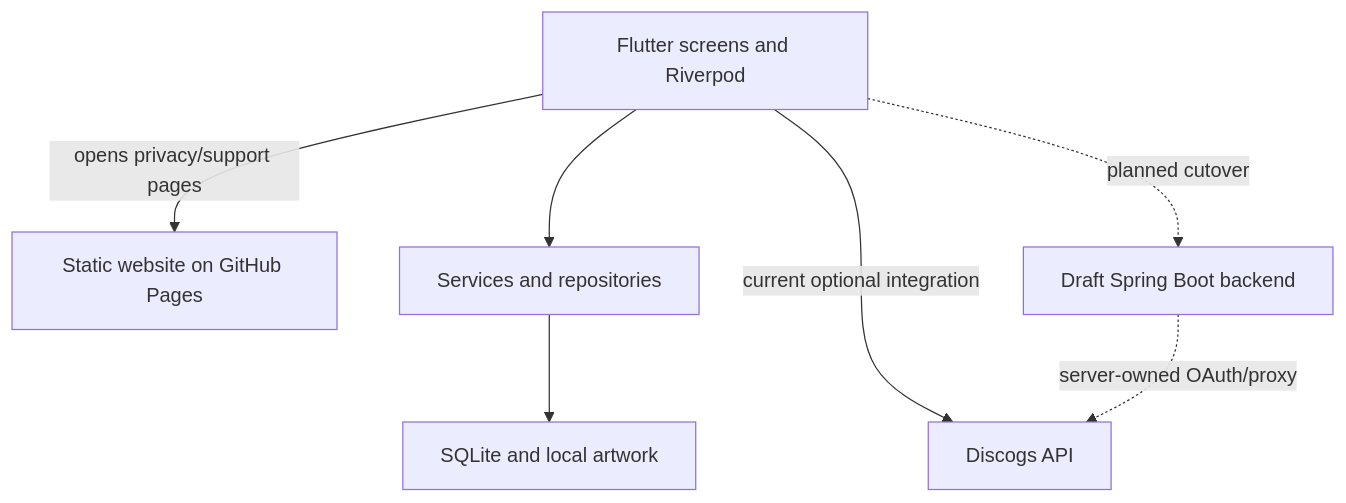
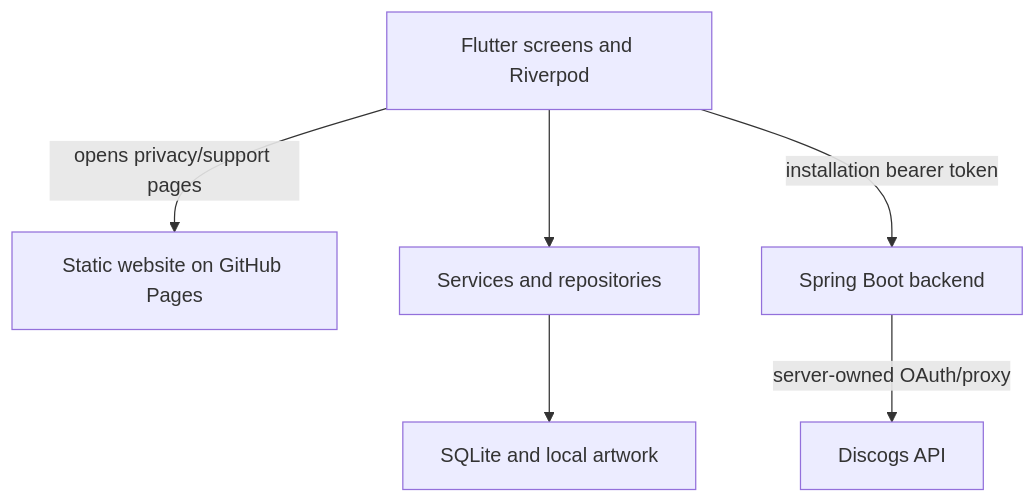
The first of 2 diagrams in docs/developer-guide.md (hunter-goller/Groovefolio), drawn with Mermaid before and after one commit. The commit also changed other lines of this file and 29 other files, not shown here.

First line of the commit message:
Connect app Discogs features to Groovefolio backend (#91)

````diff
--- a/docs/developer-guide.md
+++ b/docs/developer-guide.md
@@ -51,14 +51,13 @@
 ```mermaid
 flowchart TD
     Site["Static website on GitHub Pages"]
     App["Flutter screens and Riverpod"]
     Service["Services and repositories"]
     Data["SQLite and local artwork"]
     Discogs["Discogs API"]
-    Backend["Draft Spring Boot backend"]
+    Backend["Spring Boot backend"]
     App -->|"opens privacy/support pages"| Site
     App --> Service --> Data
-    App -->|"current optional integration"| Discogs
-    App -.->|"planned cutover"| Backend
-    Backend -.->|"server-owned OAuth/proxy"| Discogs
+    App -->|"installation bearer token"| Backend
+    Backend -->|"server-owned OAuth/proxy"| Discogs
 ```
````
